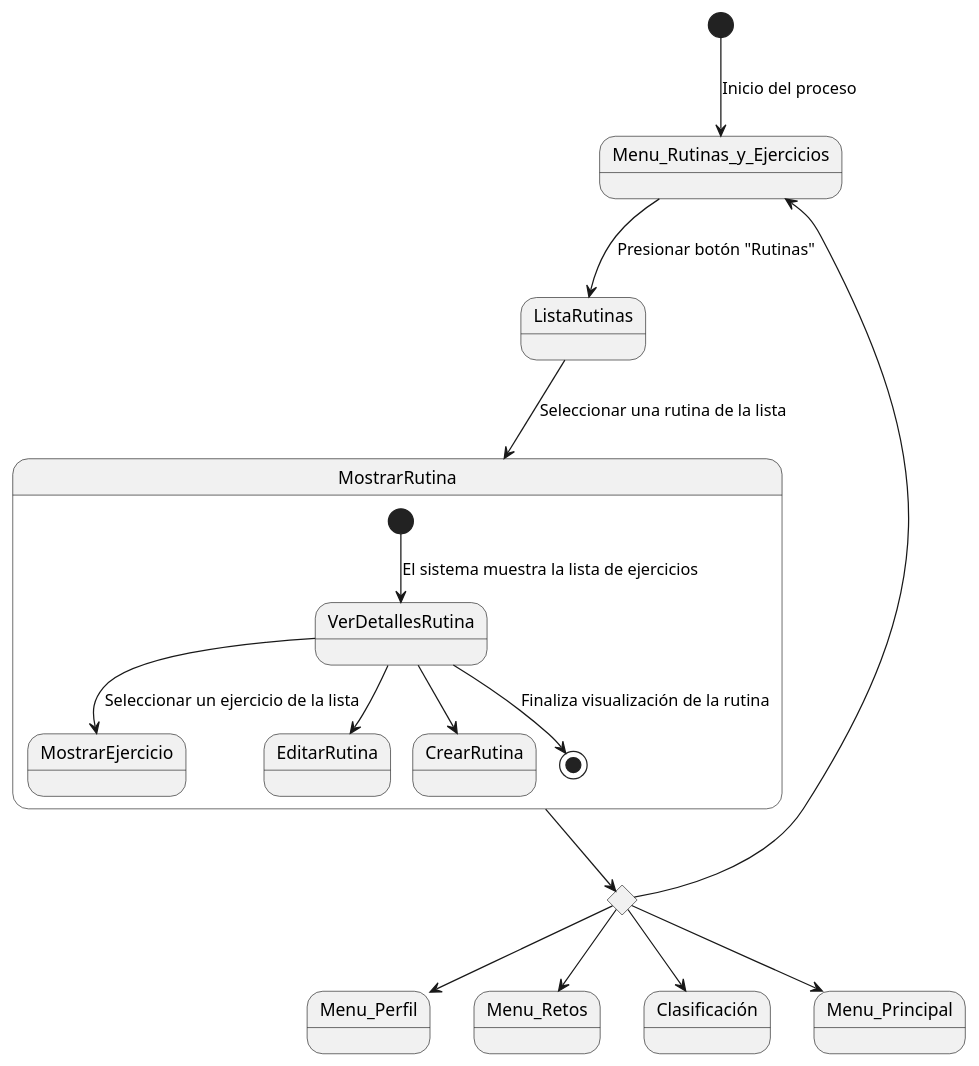
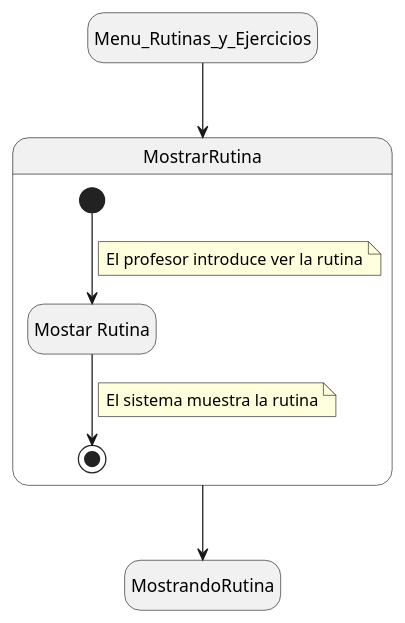
Before and after one commit to mmasias/24-25-IdSw1-SDR: the diagram in Documentos/DetallarCasosDeUso/Profesor/MostrarRutina.puml, drawn with PlantUML. The commit also changed 1 other file, not shown here.

Commit message:
Mostrar Rutina

```diff
--- a/Documentos/DetallarCasosDeUso/Profesor/MostrarRutina.puml
+++ b/Documentos/DetallarCasosDeUso/Profesor/MostrarRutina.puml
@@ -1,21 +1,22 @@
-@startuml
-[*] --> Menu_Rutinas_y_Ejercicios : Inicio del proceso
-state rombo <<choice>>
-rombo --> Menu_Perfil
-rombo --> Menu_Retos
-rombo --> Clasificación
-rombo --> Menu_Rutinas_y_Ejercicios
-rombo --> Menu_Principal
+@startuml MostrarRutina
 
-Menu_Rutinas_y_Ejercicios --> ListaRutinas : Presionar botón "Rutinas"
-ListaRutinas --> MostrarRutina : Seleccionar una rutina de la lista
-MostrarRutina --> rombo
+hide empty description
+
+state Menu_Rutinas_y_Ejercicios
+state MostrandoRutina
 
 state MostrarRutina {
- [*] --> VerDetallesRutina : El sistema muestra la lista de ejercicios
-  VerDetallesRutina --> MostrarEjercicio : Seleccionar un ejercicio de la lista
-  VerDetallesRutina --> EditarRutina
-  VerDetallesRutina --> CrearRutina
-  VerDetallesRutina --> [*] : Finaliza visualización de la rutina
+  state VerRutina as "Mostar Rutina"
+  [*] --> VerRutina
+  note on link
+    El profesor introduce ver la rutina
+  end note
+  VerRutina --> [*]
+  note on link
+    El sistema muestra la rutina
+  end note
 }
+
+Menu_Rutinas_y_Ejercicios --> MostrarRutina
+MostrarRutina --> MostrandoRutina
 @enduml
```
